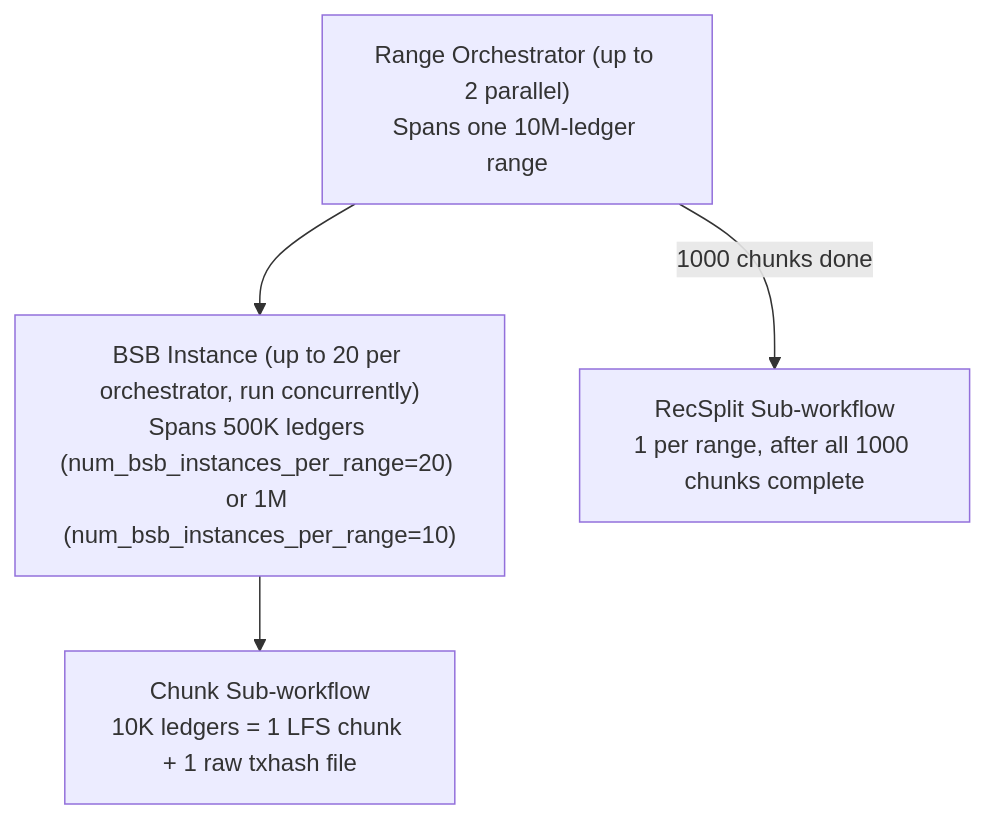
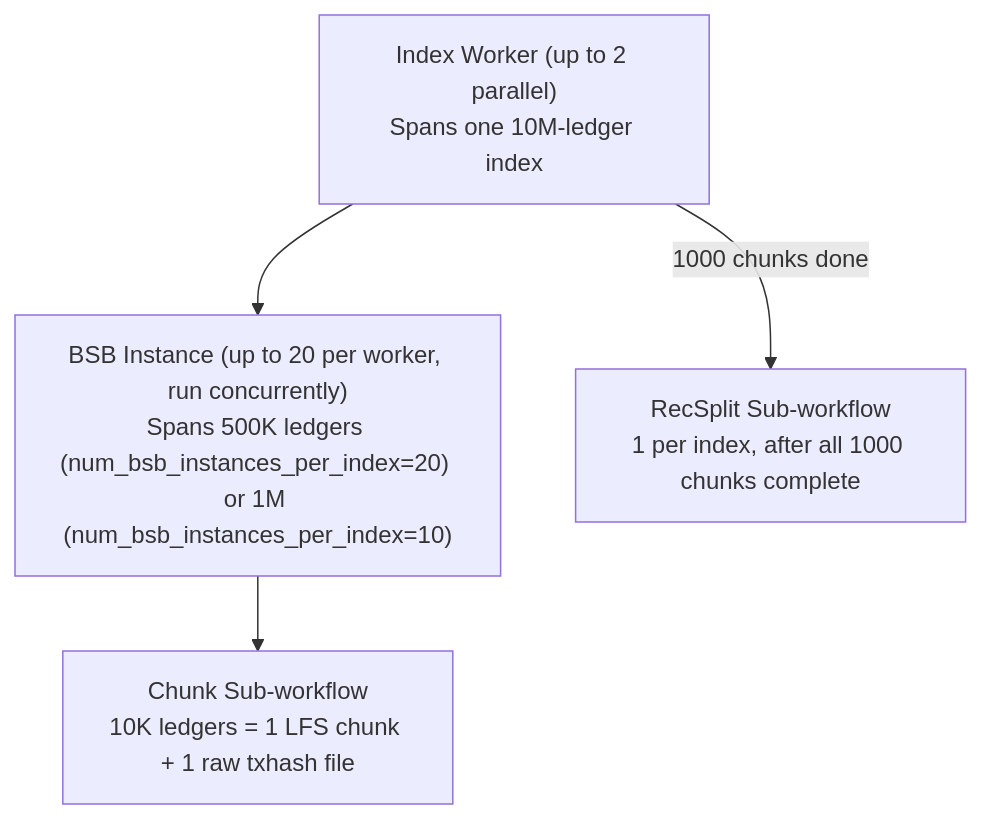
One commit to stellar/stellar-rpc changed the sixth of 12 diagrams in full-history/design-docs/01-architecture-overview.md. Above: the diagram before and after it, drawn with Mermaid. The commit also changed other lines of this file, not shown here.

Commit message:
docs: 01-architecture-overview — range→index sweep

````diff
--- a/full-history/design-docs/01-architecture-overview.md
+++ b/full-history/design-docs/01-architecture-overview.md
@@ -165,11 +167,11 @@
 ```mermaid
 flowchart TD
-    ORCH["Range Orchestrator (up to 2 parallel)<br/>Spans one 10M-ledger range"]
-    BSB["BSB Instance (up to 20 per orchestrator, run concurrently)<br/>Spans 500K ledgers (num_bsb_instances_per_range=20) or 1M (num_bsb_instances_per_range=10)"]
+    ORCH["Index Worker (up to 2 parallel)<br/>Spans one 10M-ledger index"]
+    BSB["BSB Instance (up to 20 per worker, run concurrently)<br/>Spans 500K ledgers (num_bsb_instances_per_index=20) or 1M (num_bsb_instances_per_index=10)"]
     CHUNK["Chunk Sub-workflow<br/>10K ledgers = 1 LFS chunk + 1 raw txhash file"]
-    RECSPLIT2["RecSplit Sub-workflow<br/>1 per range, after all 1000 chunks complete"]
+    RECSPLIT2["RecSplit Sub-workflow<br/>1 per index, after all 1000 chunks complete"]
 
     ORCH --> BSB
     BSB --> CHUNK
     ORCH -->|"1000 chunks done"| RECSPLIT2
 ```
````
